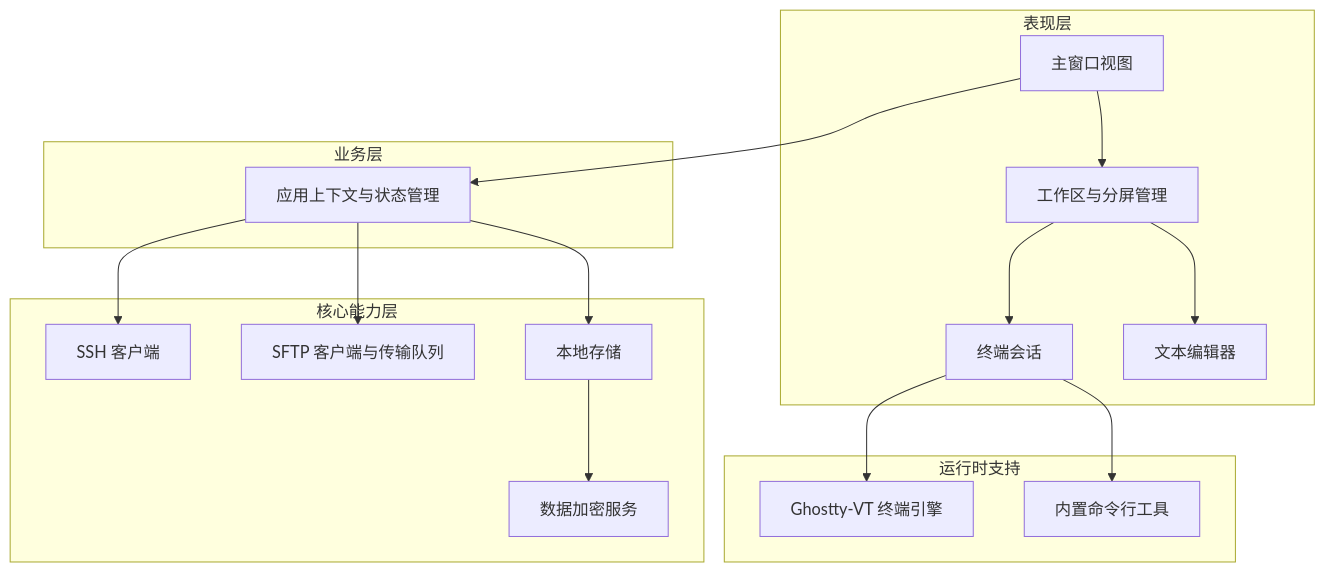
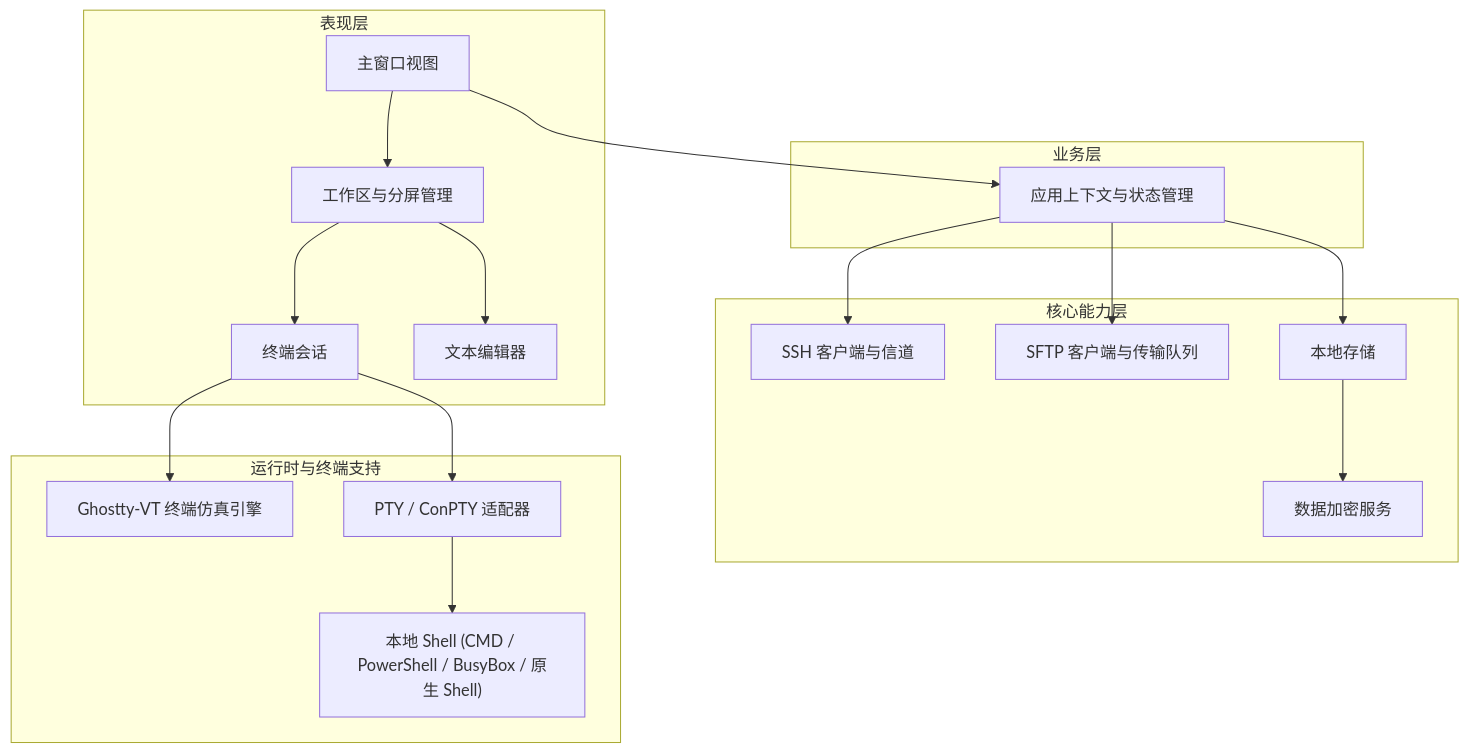
Before and after one commit to my3rs/GoShell: the diagram in README.md, drawn with Mermaid.

Commit message:
docs: 更新架构图以准确反映 SSH、PTY 及本地 Shell 支持

````diff
--- a/README.md
+++ b/README.md
@@ -39,36 +39,39 @@
 ```mermaid
 flowchart TD
     subgraph UI ["表现层"]
         AppView["主窗口视图"]
         Workspace["工作区与分屏管理"]
         TermSession["终端会话"]
         EditorTab["文本编辑器"]
         AppView --> Workspace
         Workspace --> TermSession
         Workspace --> EditorTab
     end
 
     subgraph App ["业务层"]
         AppMgr["应用上下文与状态管理"]
         AppView --> AppMgr
     end
 
     subgraph Core ["核心能力层"]
-        SSHClient["SSH 客户端"]
+        SSHClient["SSH 客户端与信道"]
         SFTPClient["SFTP 客户端与传输队列"]
         Storage["本地存储"]
         Security["数据加密服务"]
         
         AppMgr --> SSHClient
         AppMgr --> SFTPClient
         AppMgr --> Storage
         Storage --> Security
     end
 
-    subgraph Natives ["运行时支持"]
-        Ghostty["Ghostty-VT 终端引擎"]
-        Busybox["内置命令行工具"]
+    subgraph Runtime ["运行时与终端支持"]
+        Ghostty["Ghostty-VT 终端仿真引擎"]
+        LocalPTY["PTY / ConPTY 适配器"]
+        Shells["本地 Shell (CMD / PowerShell / BusyBox / 原生 Shell)"]
+        
         TermSession --> Ghostty
-        TermSession --> Busybox
+        TermSession --> LocalPTY
+        LocalPTY --> Shells
     end
 ```
````
